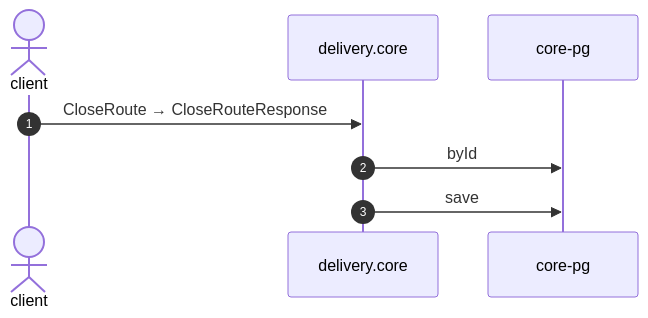
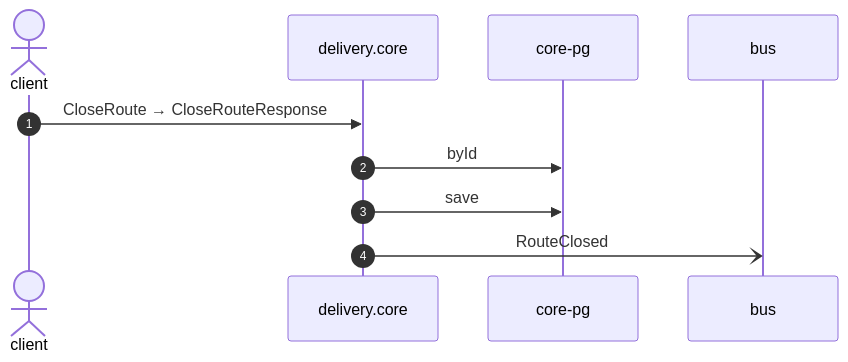
One commit to shortlink-org/portolan changed the diagram in docs/flows/core-close-route.md. Above: the diagram before and after it, drawn with Mermaid. The commit also changed other lines of this file and 171 other files, not shown here.

````diff
--- a/docs/flows/core-close-route.md
+++ b/docs/flows/core-close-route.md
@@ -21,10 +22,12 @@
 ```mermaid
 sequenceDiagram
     autonumber
     actor p0 as client
     participant p1 as delivery.core
     participant p2 as core-pg
+    participant p3 as bus
     p0->>p1: CloseRoute → CloseRouteResponse
     p1->>p2: byId
     p1->>p2: save
+    p1-)p3: RouteClosed
 ```
````
